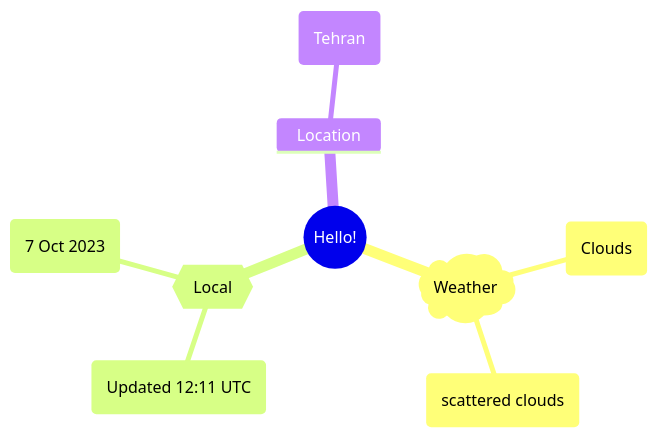
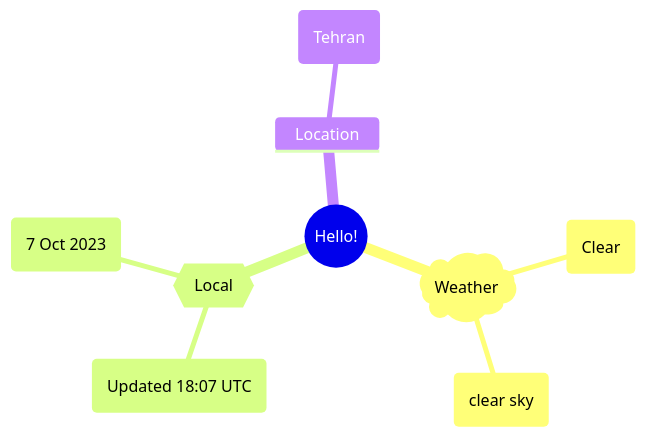
The first of 2 diagrams in README.md (Xosrov/Xosrov), drawn with Mermaid before and after one commit.

Commit message:
[bot] updated images

````diff
--- a/README.md
+++ b/README.md
@@ -3,12 +3,12 @@
 ```mermaid
 mindmap
   root((Hello!))
     )Weather(
-        (Clouds)
-        (scattered clouds)
+        (Clear)
+        (clear sky)
     {{Local}}
-        (Updated 12:11 UTC)
+        (Updated 18:07 UTC)
         (7 Oct 2023)
     Location
         (Tehran)
 ```
````
